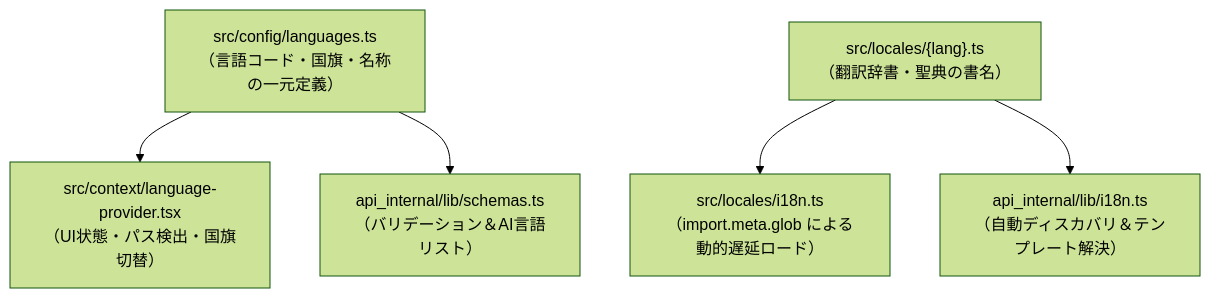
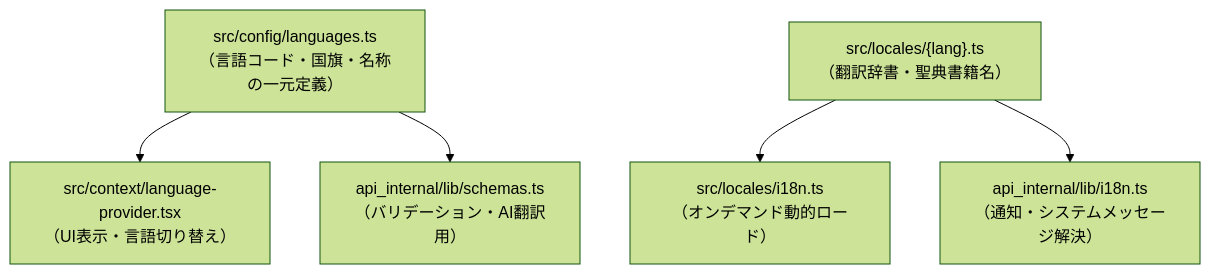
Before and after one commit to ScriptureHabit/scripture-habit: the diagram in docs/ja/logic-i18n.md, drawn with Mermaid (forest theme). The commit also changed other lines of this file and 19 other files, not shown here.

````diff
--- a/docs/ja/logic-i18n.md
+++ b/docs/ja/logic-i18n.md
@@ -11,11 +11,11 @@
 ```mermaid
 flowchart TD
     Config["src/config/languages.ts<br/>（言語コード・国旗・名称の一元定義）"]
-    Locales["src/locales/{lang}.ts<br/>（翻訳辞書・聖典の書名）"]
+    Locales["src/locales/{lang}.ts<br/>（翻訳辞書・聖典書籍名）"]
     
-    Config --> FrontendContext["src/context/language-provider.tsx<br/>（UI状態・パス検出・国旗切替）"]
-    Config --> BackendSchema["api_internal/lib/schemas.ts<br/>（バリデーション＆AI言語リスト）"]
+    Config --> FrontendContext["src/context/language-provider.tsx<br/>（UI表示・言語切り替え）"]
+    Config --> BackendSchema["api_internal/lib/schemas.ts<br/>（バリデーション・AI翻訳用）"]
     
-    Locales --> FrontendLoader["src/locales/i18n.ts<br/>（import.meta.glob による動的遅延ロード）"]
-    Locales --> BackendLoader["api_internal/lib/i18n.ts<br/>（自動ディスカバリ＆テンプレート解決）"]
+    Locales --> FrontendLoader["src/locales/i18n.ts<br/>（オンデマンド動的ロード）"]
+    Locales --> BackendLoader["api_internal/lib/i18n.ts<br/>（通知・システムメッセージ解決）"]
 ```
````
